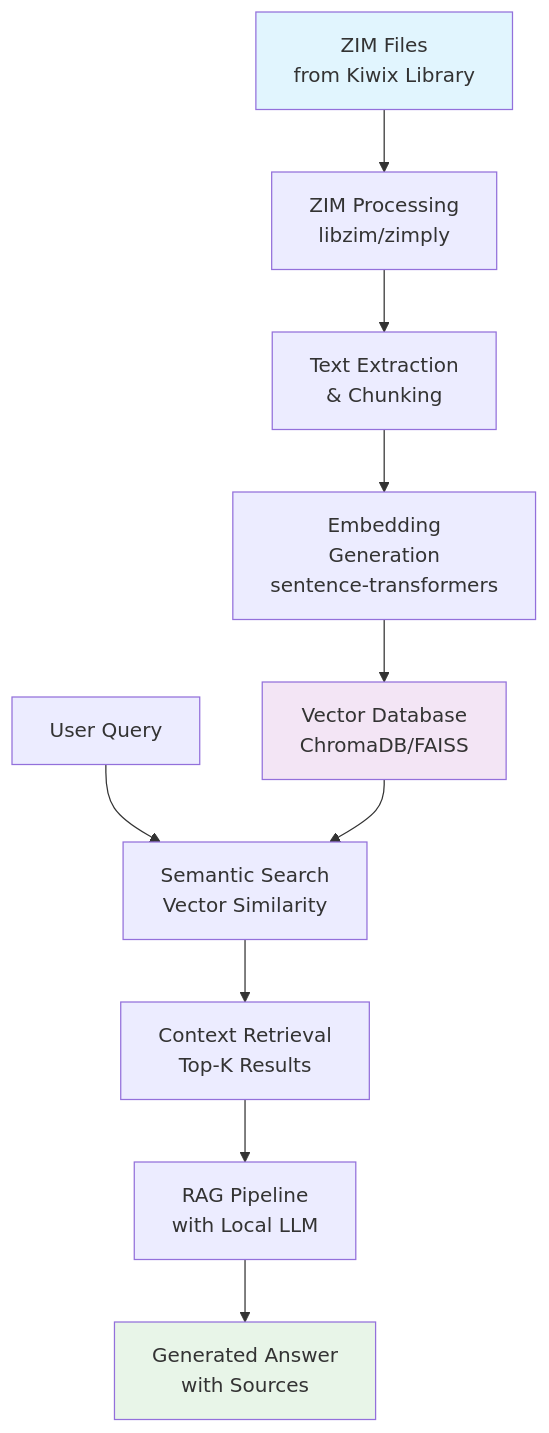
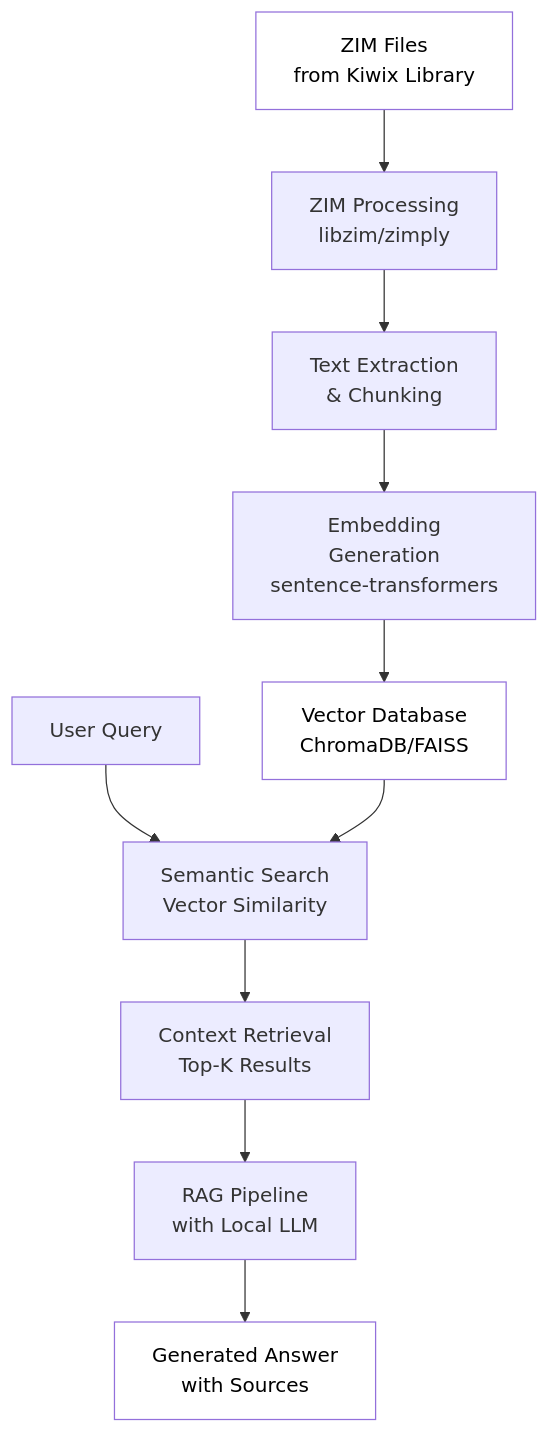
The diagram in README.md (rouralberto/zim-llm), drawn with Mermaid before and after one commit.

Commit message:
Updated Mermaid diagram style

````diff
--- a/README.md
+++ b/README.md
@@ -7,17 +7,20 @@
 ```mermaid
 graph TB
     A[ZIM Files<br/>from Kiwix Library] --> B[ZIM Processing<br/>libzim/zimply]
     B --> C[Text Extraction<br/>& Chunking]
     C --> D[Embedding<br/>Generation<br/>sentence-transformers]
     D --> E[Vector Database<br/>ChromaDB/FAISS]
 
     F[User Query] --> G[Semantic Search<br/>Vector Similarity]
     G --> H[Context Retrieval<br/>Top-K Results]
     H --> I[RAG Pipeline<br/>with Local LLM]
     I --> J[Generated Answer<br/>with Sources]
 
     E --> G
-    style A fill:#e1f5fe
-    style E fill:#f3e5f5
-    style J fill:#e8f5e8
+    style A fill:#ffffff
+    style A color:#000000
+    style E fill:#ffffff
+    style E color:#000000
+    style J fill:#ffffff
+    style J color:#000000
 ```
````
